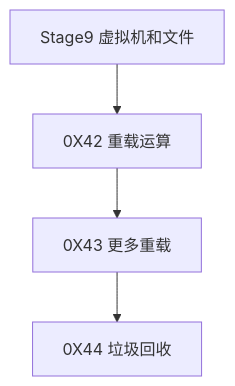
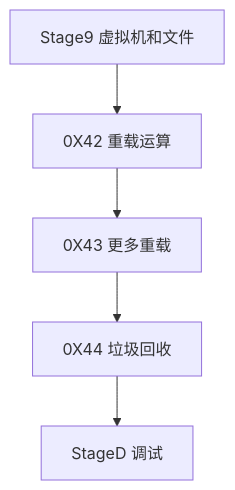
Diagram 12 of 15 in 目录.md (ZhiZe-ZG/TXLuaLesson), drawn with Mermaid before and after one commit. The commit also changed other lines of this file and 6 other files, not shown here.

````diff
--- a/目录.md
+++ b/目录.md
@@ -354,11 +354,13 @@
 ```mermaid
 graph TD
     S9[Stage9 虚拟机和文件]
+    SD[StageD 调试]
     C42[0X42 重载运算]
     C43[0X43 更多重载]
     C44[0X44 垃圾回收]
 
     S9-->C42
     C42-->C43
     C43-->C44
+    C44-->SD
 ```
````
